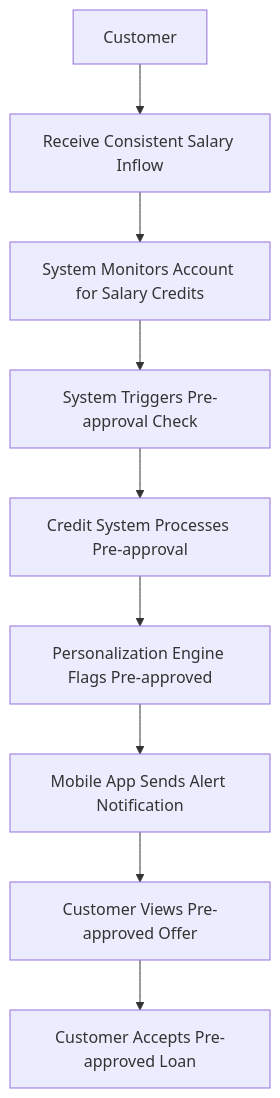
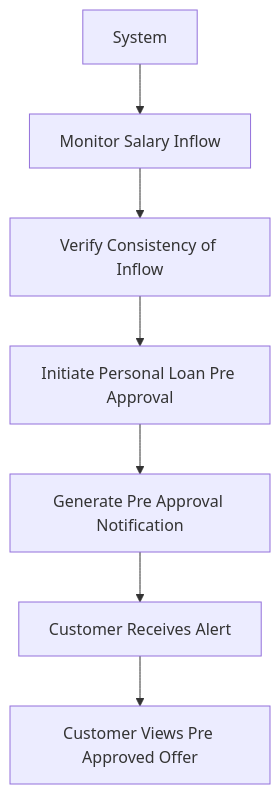
Before and after one commit to yadus1111/agentic-ba-project: the diagram in output/diagram_5.mmd, drawn with Mermaid. The commit also changed 11 other files, not shown here.

```diff
--- a/output/diagram_5.mmd
+++ b/output/diagram_5.mmd
@@ -1,9 +1,7 @@
 flowchart TD
-A[Customer] --> B[Receive Consistent Salary Inflow]
-B --> C[System Monitors Account for Salary Credits]
-C --> D[System Triggers Pre-approval Check]
-D --> E[Credit System Processes Pre-approval]
-E --> F[Personalization Engine Flags Pre-approved]
-F --> G[Mobile App Sends Alert Notification]
-G --> H[Customer Views Pre-approved Offer]
-H --> I[Customer Accepts Pre-approved Loan]
+A[System] --> B[Monitor Salary Inflow]
+B --> C[Verify Consistency of Inflow]
+C --> D[Initiate Personal Loan Pre Approval]
+D --> E[Generate Pre Approval Notification]
+E --> F[Customer Receives Alert]
+F --> G[Customer Views Pre Approved Offer]
```
